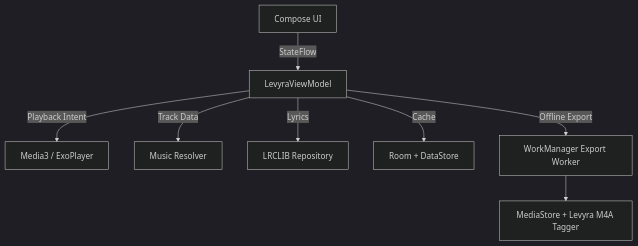
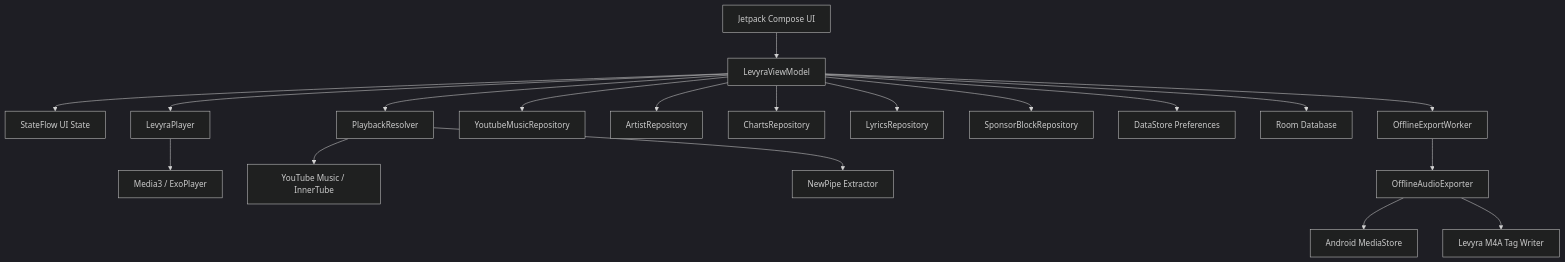
Before and after one commit to LUC4N3X/Levyra-deepsound: the diagram in README.md, drawn with Mermaid (dark theme). The commit also changed other lines of this file, not shown here.

````diff
--- a/README.md
+++ b/README.md
@@ -86,10 +170,21 @@
 ```mermaid
 graph TD
-    UI[Compose UI] -->|StateFlow| VM[LevyraViewModel]
-    VM -->|Playback Intent| Player[Media3 / ExoPlayer]
-    VM -->|Track Data| Resolver[Music Resolver]
-    VM -->|Lyrics| Lyrics[LRCLIB Repository]
-    VM -->|Cache| Storage[Room + DataStore]
-    VM -->|Offline Export| Worker[WorkManager Export Worker]
-    Worker --> Exporter[MediaStore + Levyra M4A Tagger]
+    UI[Jetpack Compose UI] --> VM[LevyraViewModel]
+    VM --> State[StateFlow UI State]
+    VM --> Player[LevyraPlayer]
+    VM --> Resolver[PlaybackResolver]
+    VM --> MusicRepo[YoutubeMusicRepository]
+    VM --> ArtistRepo[ArtistRepository]
+    VM --> ChartsRepo[ChartsRepository]
+    VM --> LyricsRepo[LyricsRepository]
+    VM --> SponsorRepo[SponsorBlockRepository]
+    VM --> Preferences[DataStore Preferences]
+    VM --> DB[Room Database]
+    VM --> Work[OfflineExportWorker]
+    Player --> Media3[Media3 / ExoPlayer]
+    Resolver --> InnerTube[YouTube Music / InnerTube]
+    Resolver --> NewPipe[NewPipe Extractor]
+    Work --> Exporter[OfflineAudioExporter]
+    Exporter --> MediaStore[Android MediaStore]
+    Exporter --> Tagger[Levyra M4A Tag Writer]
 ```
````
